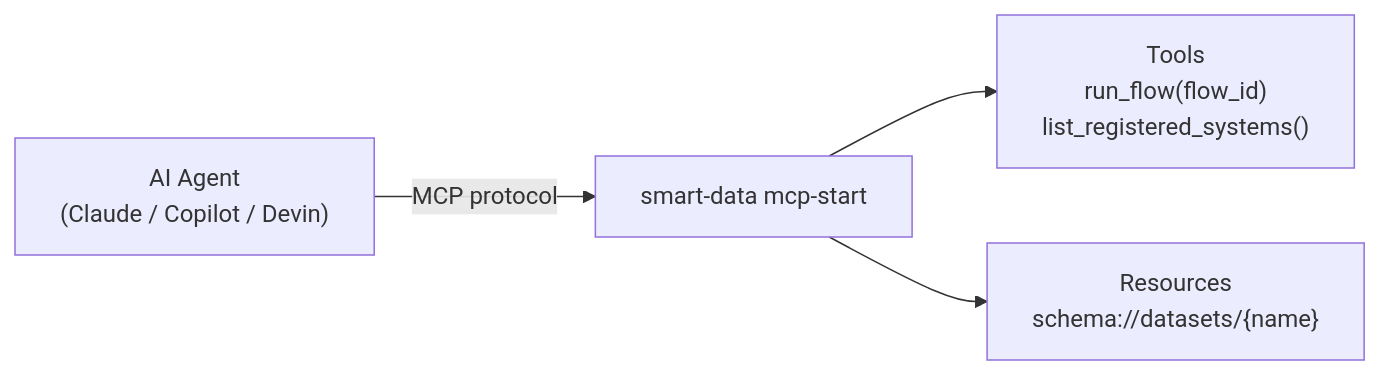
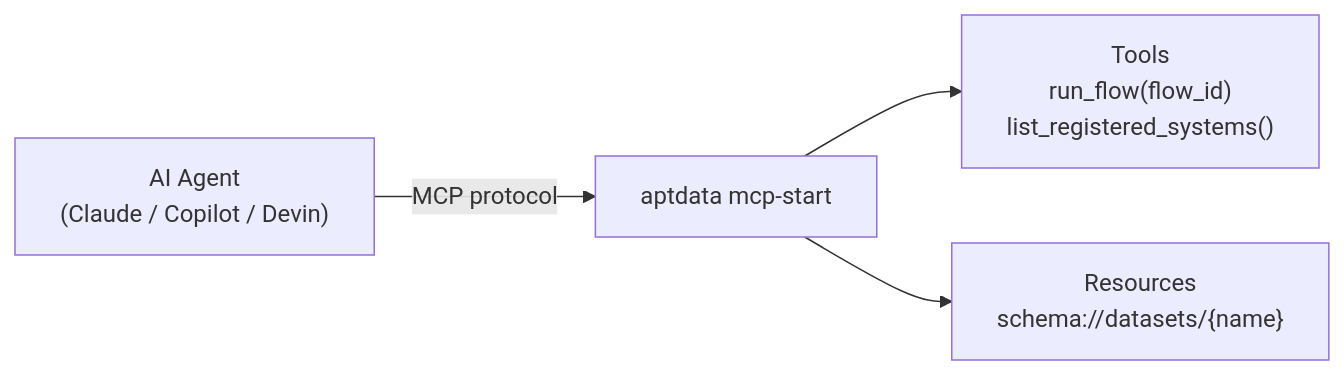
Before and after one commit to antunes-hq/aptdata-flow-os: the diagram in docs/mcp.md, drawn with Mermaid. The commit also changed other lines of this file and 172 other files, not shown here.

Commit message:
feat: rename smart_data to aptdata - package, imports, tests, docs, CI

````diff
--- a/docs/mcp.md
+++ b/docs/mcp.md
@@ -16,11 +16,11 @@
 ```mermaid
 graph LR
     A["AI Agent\n(Claude / Copilot / Devin)"]
-    S["smart-data mcp-start"]
+    S["aptdata mcp-start"]
     T["Tools\nrun_flow(flow_id)\nlist_registered_systems()"]
     R["Resources\nschema://datasets/{name}"]
 
     A -- "MCP protocol" --> S
     S --> T
     S --> R
 ```
````
